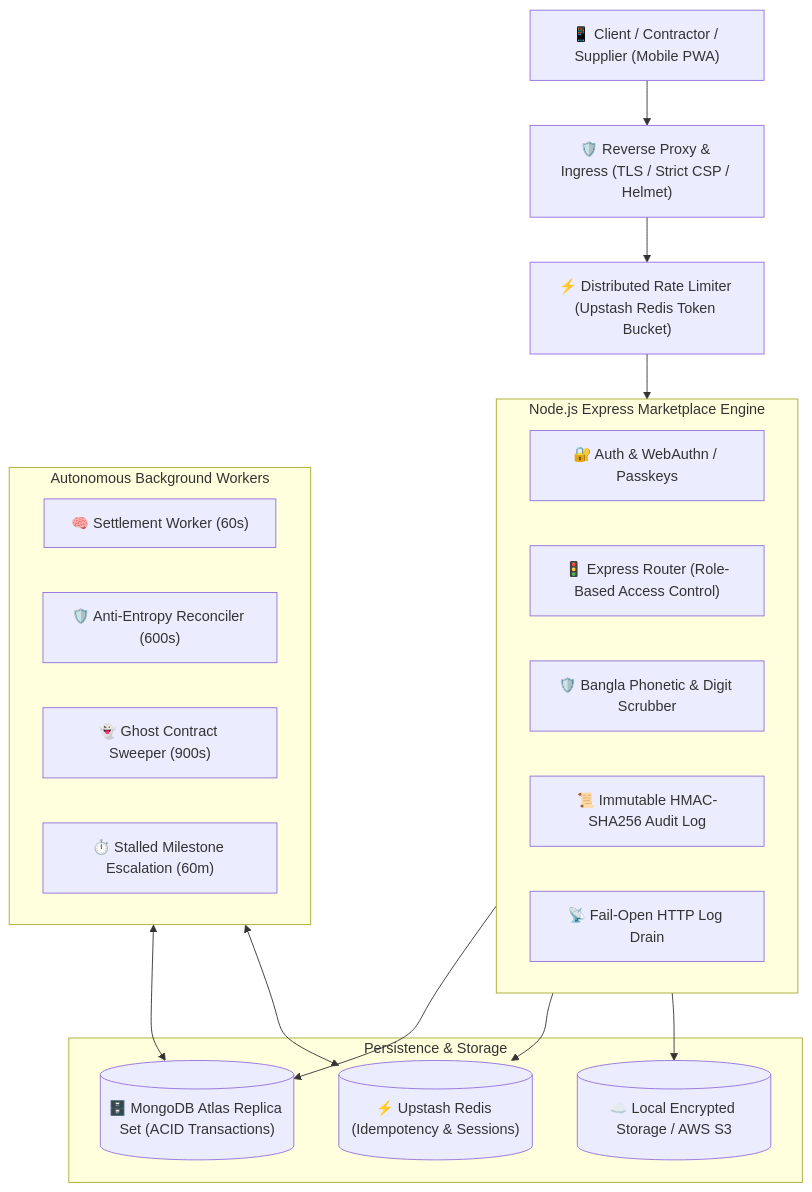
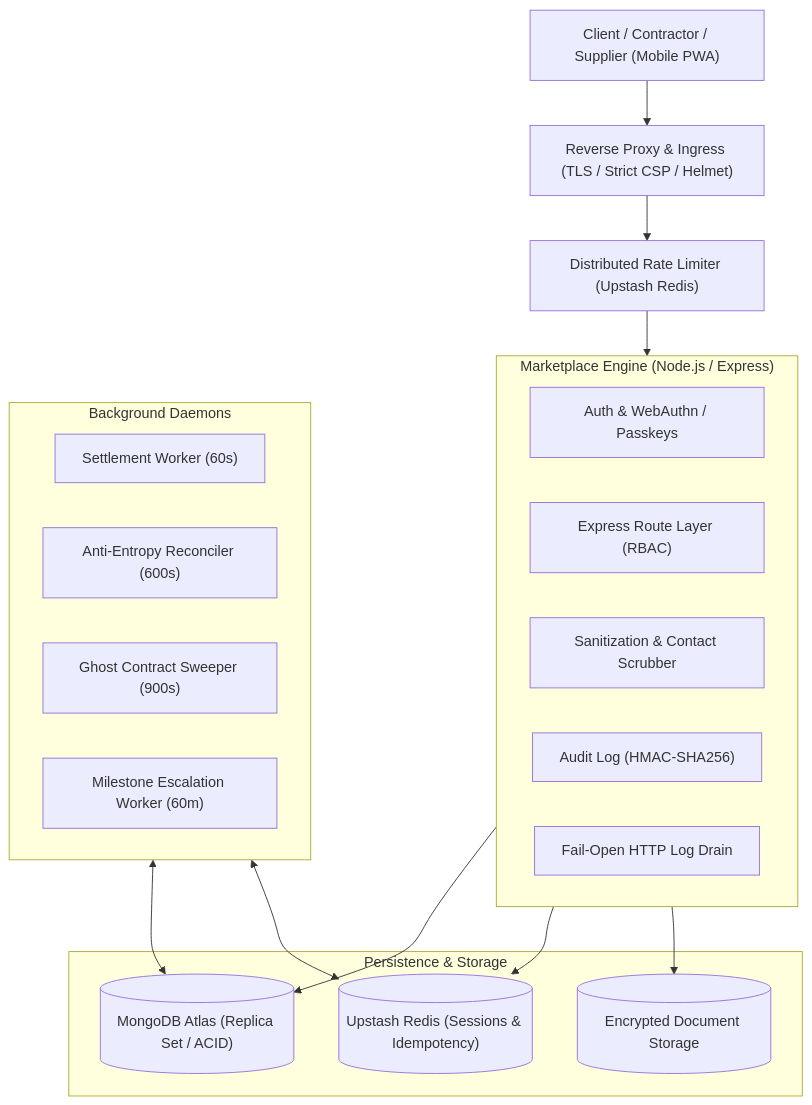
One commit to mushfiqarnab/build-bd-marketplace changed the diagram in README.md. Above: the diagram before and after it, drawn with Mermaid. The commit also changed other lines of this file, not shown here.

````diff
--- a/README.md
+++ b/README.md
@@ -53,36 +30,36 @@
 ```mermaid
 flowchart TD
-    Client["📱 Client / Contractor / Supplier (Mobile PWA)"]
-    Ingress["🛡️ Reverse Proxy & Ingress (TLS / Strict CSP / Helmet)"]
-    RateLimiter["⚡ Distributed Rate Limiter (Upstash Redis Token Bucket)"]
+    Client["Client / Contractor / Supplier (Mobile PWA)"]
+    Ingress["Reverse Proxy & Ingress (TLS / Strict CSP / Helmet)"]
+    RateLimiter["Distributed Rate Limiter (Upstash Redis)"]
     
-    subgraph CoreEngine ["Node.js Express Marketplace Engine"]
-        AuthModule["🔐 Auth & WebAuthn / Passkeys"]
-        RouterLayer["🚦 Express Router (Role-Based Access Control)"]
-        Sanitize["🛡️ Bangla Phonetic & Digit Scrubber"]
-        AuditLogger["📜 Immutable HMAC-SHA256 Audit Log"]
-        WinstonDrain["📡 Fail-Open HTTP Log Drain"]
+    subgraph CoreEngine ["Marketplace Engine (Node.js / Express)"]
+        AuthModule["Auth & WebAuthn / Passkeys"]
+        RouterLayer["Express Route Layer (RBAC)"]
+        Sanitize["Sanitization & Contact Scrubber"]
+        AuditLogger["Audit Log (HMAC-SHA256)"]
+        WinstonDrain["Fail-Open HTTP Log Drain"]
     end
 
     subgraph DataPlane ["Persistence & Storage"]
-        MongoAtlas[("🗄️ MongoDB Atlas Replica Set (ACID Transactions)")]
-        RedisCache[("⚡ Upstash Redis (Idempotency & Sessions)")]
-        LocalS3[("☁️ Local Encrypted Storage / AWS S3")]
+        MongoAtlas[("MongoDB Atlas (Replica Set / ACID)")]
+        RedisCache[("Upstash Redis (Sessions & Idempotency)")]
+        LocalS3[("Encrypted Document Storage")]
     end
 
-    subgraph AutonomousDaemons ["Autonomous Background Workers"]
-        WorkerSettlement["🧠 Settlement Worker (60s)"]
-        WorkerReconcile["🛡️ Anti-Entropy Reconciler (600s)"]
-        WorkerAbandon["👻 Ghost Contract Sweeper (900s)"]
-        WorkerEscalate["⏱️ Stalled Milestone Escalation (60m)"]
+    subgraph Workers ["Background Daemons"]
+        WorkerSettlement["Settlement Worker (60s)"]
+        WorkerReconcile["Anti-Entropy Reconciler (600s)"]
+        WorkerAbandon["Ghost Contract Sweeper (900s)"]
+        WorkerEscalate["Milestone Escalation Worker (60m)"]
     end
 
     Client --> Ingress
     Ingress --> RateLimiter
     RateLimiter --> CoreEngine
     CoreEngine --> MongoAtlas
     CoreEngine --> RedisCache
     CoreEngine --> LocalS3
-    AutonomousDaemons <--> MongoAtlas
-    AutonomousDaemons <--> RedisCache
+    Workers <--> MongoAtlas
+    Workers <--> RedisCache
 ```
````
